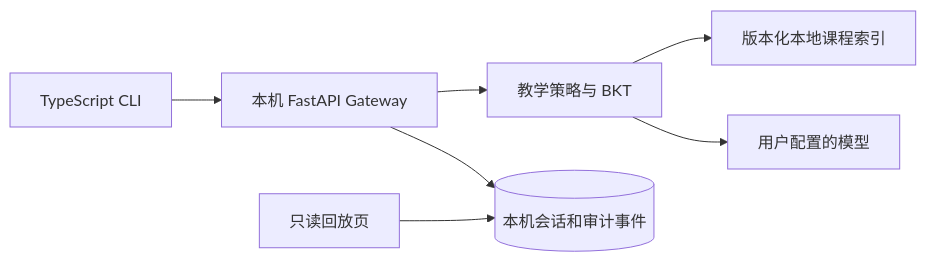
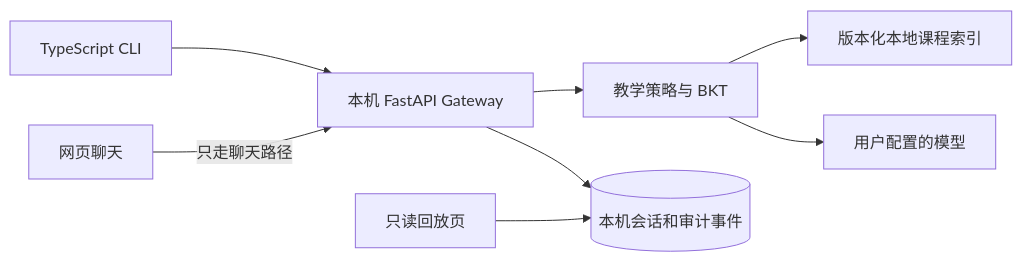
Before and after one commit to RockeyRoc/DeepProf: the diagram in README.zh-CN.md, drawn with Mermaid. The commit also changed other lines of this file and 17 other files, not shown here.

````diff
--- a/README.zh-CN.md
+++ b/README.zh-CN.md
@@ -124,9 +134,10 @@
 ```mermaid
 flowchart LR
   CLI[TypeScript CLI] --> API[本机 FastAPI Gateway]
   API --> Decision[教学策略与 BKT]
   Decision --> Evidence[版本化本地课程索引]
   Decision --> Provider[用户配置的模型]
   API --> Events[(本机会话和审计事件)]
+  Chat[网页聊天] -->|只走聊天路径| API
   Replay[只读回放页] --> Events
 ```
````
